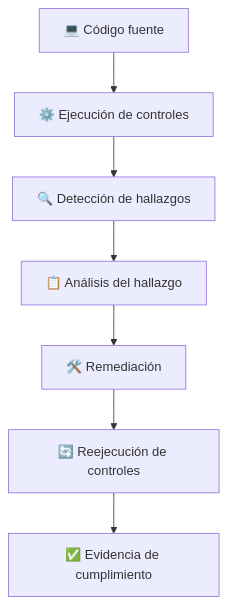
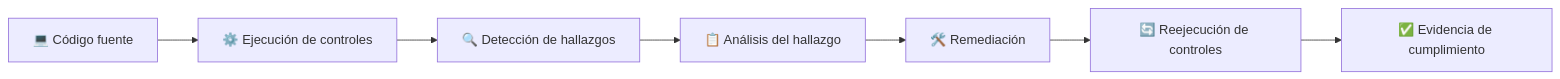
The first of 3 diagrams in Lab.md (edinaranjo/code_tests), drawn with Mermaid before and after one commit.

````diff
--- a/Lab.md
+++ b/Lab.md
@@ -65,9 +65,9 @@
 ```mermaid
-flowchart TD
+flowchart LR
     A["💻 Código fuente"] --> B["⚙️ Ejecución de controles"]
     B --> C["🔍 Detección de hallazgos"]
     C --> D["📋 Análisis del hallazgo"]
     D --> E["🛠️ Remediación"]
     E --> F["🔄 Reejecución de controles"]
     F --> G["✅ Evidencia de cumplimiento"]
 ```
````
